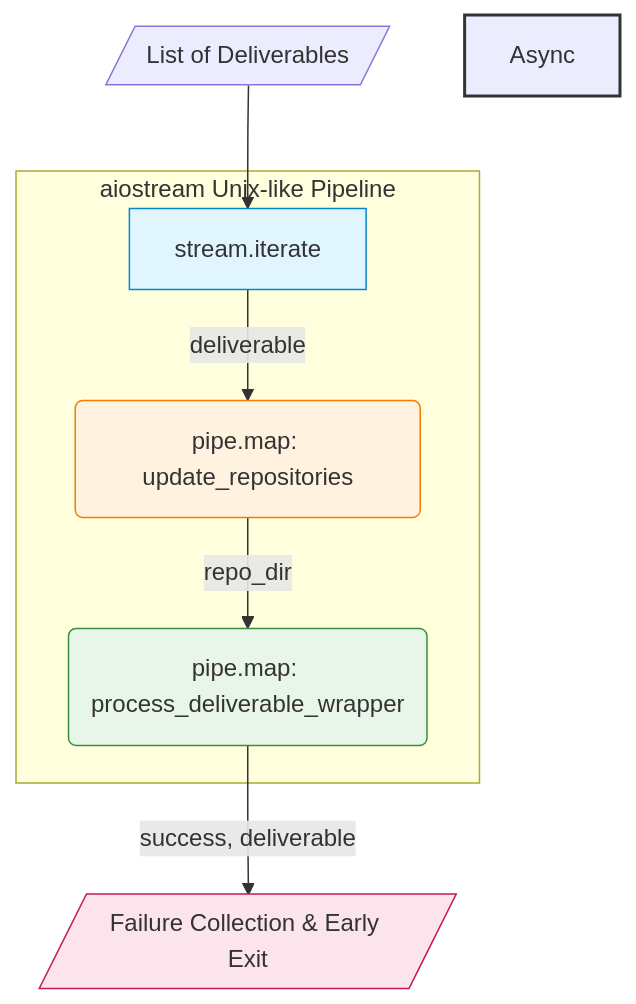
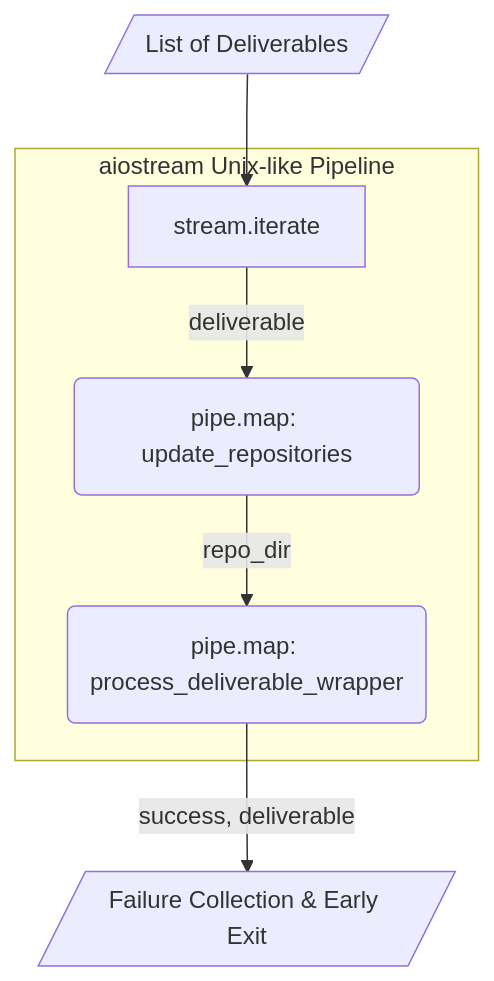
The diagram in docs/source/developer/async-pipeline.rst (openSUSE/docbuild), drawn with Mermaid before and after one commit. The commit also changed other lines of this file, not shown here.

```diff
--- a/docs/source/developer/async-pipeline.rst
+++ b/docs/source/developer/async-pipeline.rst
@@ -13,21 +13,14 @@
 .. mermaid::
 
    graph TD
        %% Define the input stream
        Input[/List of Deliverables/] --> Iter[stream.iterate]
 
        %% Define the pipeline steps
        subgraph Async Pipeline [aiostream Unix-like Pipeline]
            Iter -->|deliverable| P1(pipe.map: update_repositories)
            P1 -->|repo_dir| P2(pipe.map: process_deliverable_wrapper)
        end
 
        %% Define the output
        P2 -->|success, deliverable| Output[/Failure Collection & Early Exit/]
-
-       %% Styling
-       style Async Pipeline fill:#f9f9f9,stroke:#333,stroke-width:2px
-       style Iter fill:#e1f5fe,stroke:#0288d1
-       style P1 fill:#fff3e0,stroke:#f57c00
-       style P2 fill:#e8f5e9,stroke:#388e3c
-       style Output fill:#fce4ec,stroke:#c2185b
```
